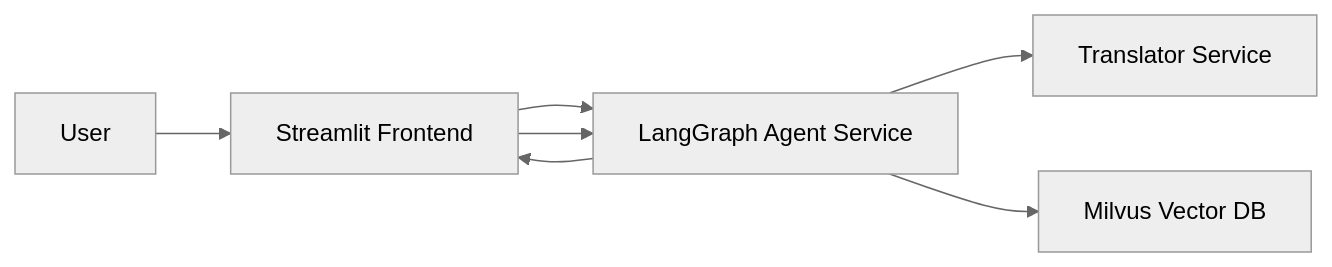
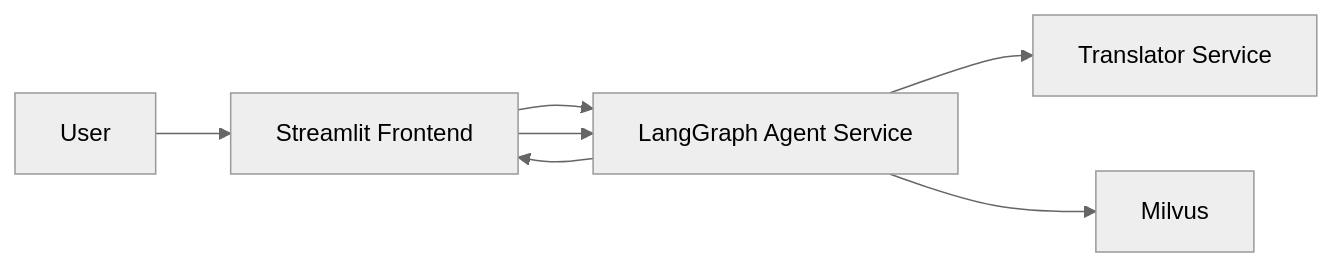
One commit to Xikesen/AI-Research-Assistant-Agents changed the diagram in README.md. Above: the diagram before and after it, drawn with Mermaid (neutral theme). The commit also changed other lines of this file, not shown here.

First line of the commit message:
Revise README for project updates and GKE roadmap

````diff
--- a/README.md
+++ b/README.md
@@ -15,9 +16,9 @@
 ```mermaid
 flowchart LR
     U[User] --> S[Streamlit Frontend]
     S --> A[LangGraph Agent Service]
     A --> T[Translator Service]
-    A --> M[Milvus Vector DB]
+    A --> M[Milvus]
     S --> A
     A --> S
 ```
````
